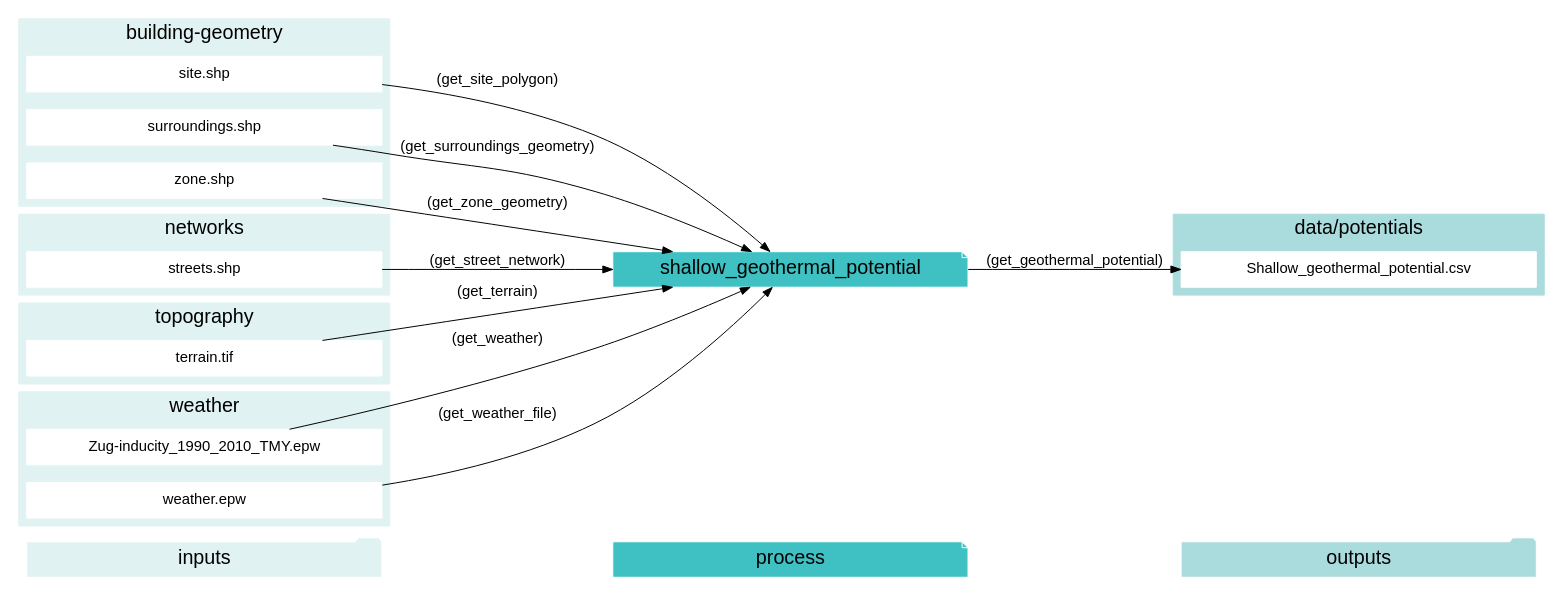
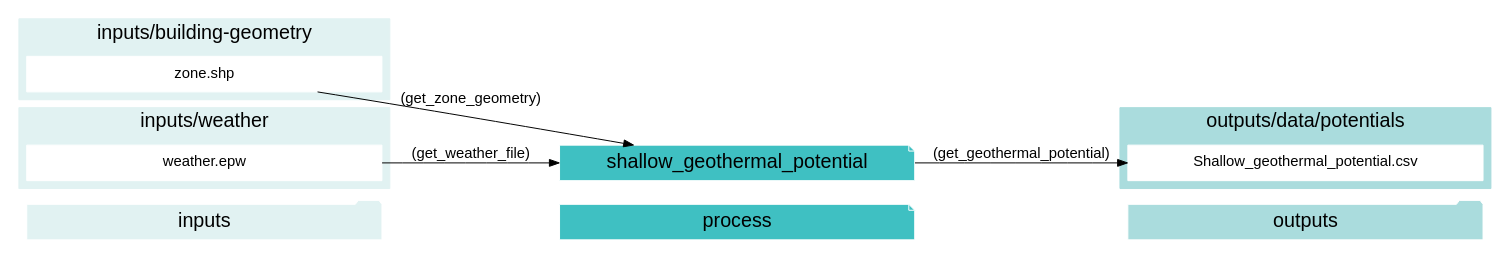
One commit to architecture-building-systems/CityEnergyAnalyst changed the diagram in docs/graphviz/shallow_geothermal_potential.gv. Above: the diagram before and after it, drawn with Graphviz. The commit also changed 25 other files, not shown here.

Commit message:
cleaning up cea-doc graphviz

```diff
--- a/docs/graphviz/shallow_geothermal_potential.gv
+++ b/docs/graphviz/shallow_geothermal_potential.gv
@@ -1,68 +1,44 @@
-digraph trace_inputlocator {
+digraph shallow_geothermal_potential {
     rankdir="LR";
     graph [overlap=false, fontname=arial];
     node [shape=box, style=filled, color=white, fontsize=15, fontname=arial, fixedsize=true, width=5];
     edge [fontname=arial, fontsize = 15]
     newrank=true
     subgraph cluster_legend {
     fontsize=25
     style=invis
     "process"[style=filled, fillcolor="#3FC0C2", shape=note, fontsize=20, fontname="arial"]
     "inputs" [style=filled, shape=folder, color=white, fillcolor="#E1F2F2", fontsize=20]
     "outputs"[style=filled, shape=folder, color=white, fillcolor="#aadcdd", fontsize=20]
     "inputs"->"process"[style=invis]
     "process"->"outputs"[style=invis]
     }
     "shallow_geothermal_potential"[style=filled, color=white, fillcolor="#3FC0C2", shape=note, fontsize=20, fontname=arial];
     subgraph cluster_0_in {
         style = filled;
         color = "#E1F2F2";
         fontsize = 20;
         rank=same;
-        label="building-geometry";
-        "site.shp"
-        "surroundings.shp"
+        label="inputs/building-geometry";
         "zone.shp"
     }
-    subgraph cluster_1_out {
+    subgraph cluster_1_in {
+        style = filled;
+        color = "#E1F2F2";
+        fontsize = 20;
+        rank=same;
+        label="inputs/weather";
+        "weather.epw"
+    }
+    subgraph cluster_2_out {
         style = filled;
         color = "#aadcdd";
         fontsize = 20;
         rank=same;
-        label="data/potentials";
+        label="outputs/data/potentials";
         "Shallow_geothermal_potential.csv"
     }
-    subgraph cluster_2_in {
-        style = filled;
-        color = "#E1F2F2";
-        fontsize = 20;
-        rank=same;
-        label="networks";
-        "streets.shp"
-    }
-    subgraph cluster_3_in {
-        style = filled;
-        color = "#E1F2F2";
-        fontsize = 20;
-        rank=same;
-        label="topography";
-        "terrain.tif"
-    }
-    subgraph cluster_4_in {
-        style = filled;
-        color = "#E1F2F2";
-        fontsize = 20;
-        rank=same;
-        label="weather";
-        "Zug-inducity_1990_2010_TMY.epw"
-        "weather.epw"
-    }
-    "site.shp" -> "shallow_geothermal_potential"[label="(get_site_polygon)"]
-    "streets.shp" -> "shallow_geothermal_potential"[label="(get_street_network)"]
-    "surroundings.shp" -> "shallow_geothermal_potential"[label="(get_surroundings_geometry)"]
-    "terrain.tif" -> "shallow_geothermal_potential"[label="(get_terrain)"]
-    "Zug-inducity_1990_2010_TMY.epw" -> "shallow_geothermal_potential"[label="(get_weather)"]
     "weather.epw" -> "shallow_geothermal_potential"[label="(get_weather_file)"]
     "zone.shp" -> "shallow_geothermal_potential"[label="(get_zone_geometry)"]
     "shallow_geothermal_potential" -> "Shallow_geothermal_potential.csv"[label="(get_geothermal_potential)"]
     }
```
